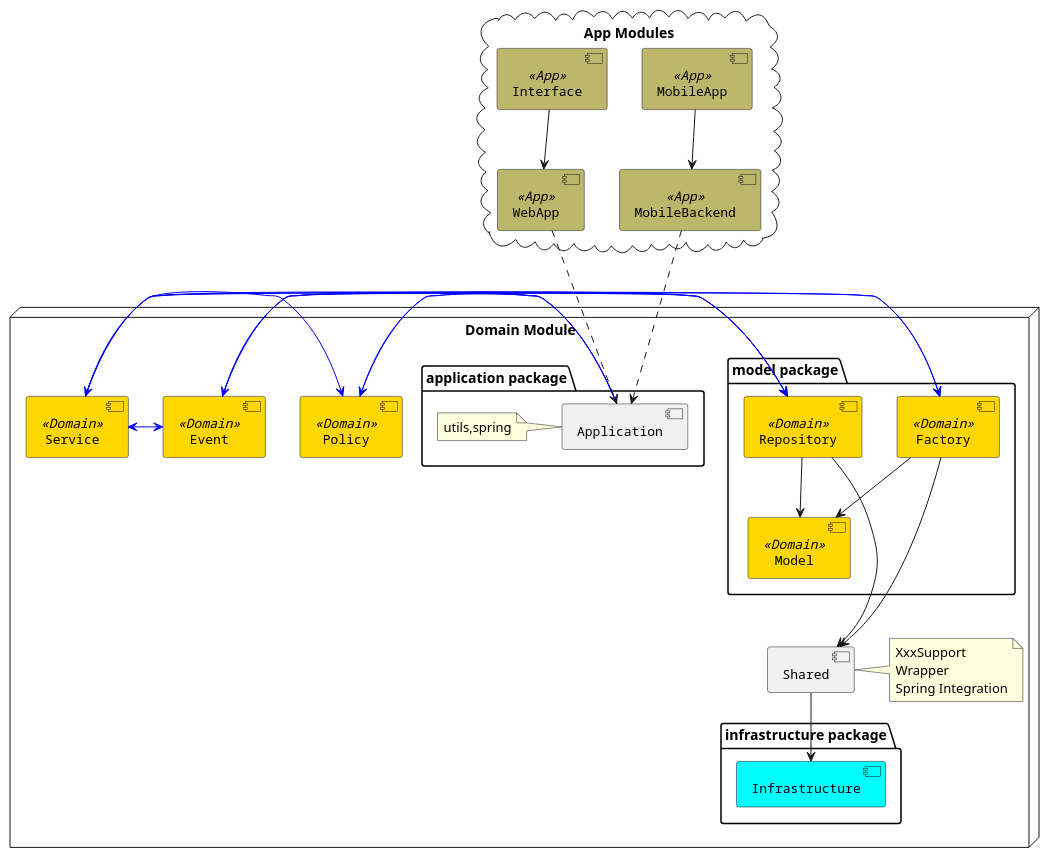
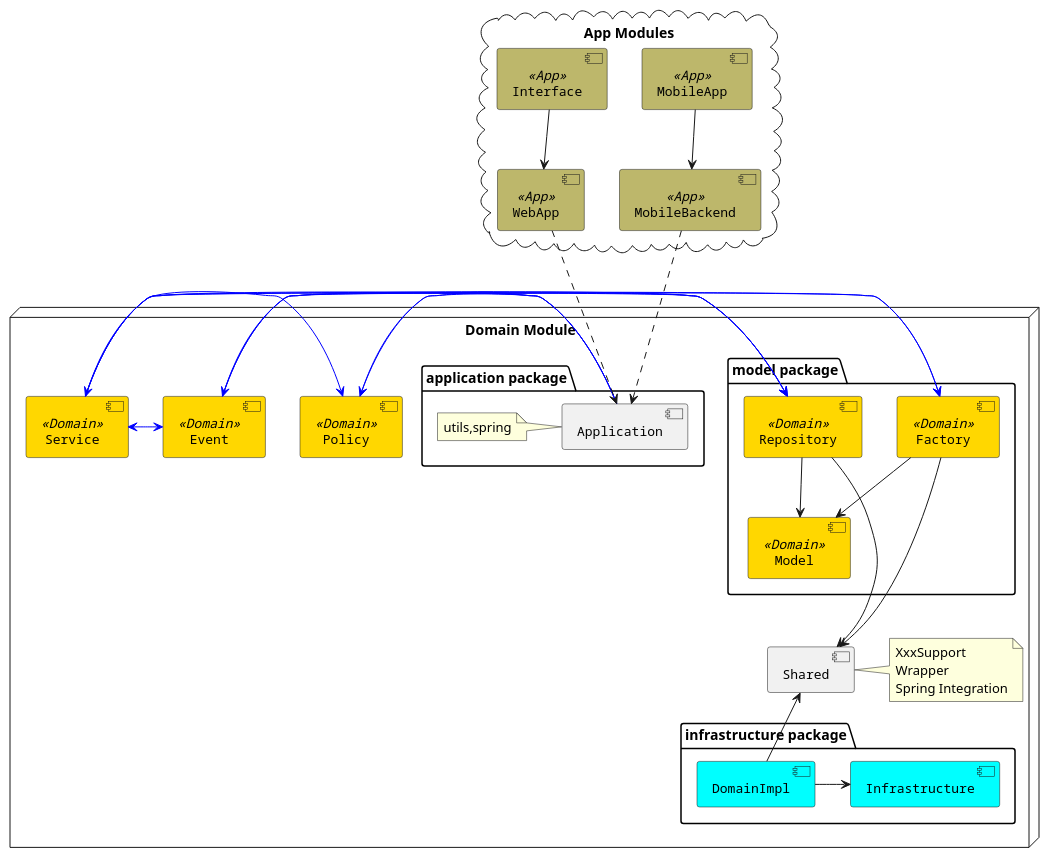
The diagram in src/main/puml/ddd-components.puml (linux-china/ddd-base), drawn with PlantUML before and after one commit.

Commit message:
minor update

```diff
--- a/src/main/puml/ddd-components.puml
+++ b/src/main/puml/ddd-components.puml
@@ -1,60 +1,62 @@
 @startuml
 
 
 node "Domain Module" {
    package "model package" {
        [Model] <<Domain>>
        [Repository] <<Domain>>
        [Factory] <<Domain>>
     }
    [Service] <<Domain>>
    [Event] <<Domain>>
    [Policy] <<Domain>>
    [Shared]
    note right of Shared : XxxSupport\nWrapper\nSpring Integration
 
    package "application package" {
         [Application]
         note left of Application : utils,spring
    }
    package "infrastructure package" {
         [Infrastructure] #Aqua
+        [DomainImpl] #Aqua
+        [DomainImpl] -> [Infrastructure]
    }
 }
 
 cloud "App Modules" {
     [WebApp] <<App>>
     [MobileBackend] <<App>>
     [Interface] <<App>>
     [MobileApp] <<App>>
 }
 
-[Shared] --> [Infrastructure]
+[Shared] <-- [DomainImpl]
 [Repository] ---> [Shared]
 [Repository] --> [Model]
 [Service] -[#0000FF]> [Repository]
 [Service] -[#0000FF]> [Factory]
 [Service] -[#0000FF]> [Policy]
 [Service] <-[#0000FF]> [Event]
 [Policy] -[#0000FF]> [Repository]
 [Factory] --> [Model]
 [Factory] ---> [Shared]
 [Event] -[#0000FF]> [Repository]
 [Event] -[#0000FF]> [Factory]
 [Application] -[#0000FF]> [Service]
 [Application] -[#0000FF]> [Event]
 [Application] -[#0000FF]> [Policy]
 
 [WebApp] ...> [Application]
 [Interface] --> [WebApp]
 [MobileBackend] ...> [Application]
 [MobileApp] --> [MobileBackend]
 
 skinparam component {
   FontSize 13
   BackgroundColor<<Domain>> gold
   BackgroundColor<<App>> DarkKhaki
   FontName Courier
 }
 
 @enduml
```
